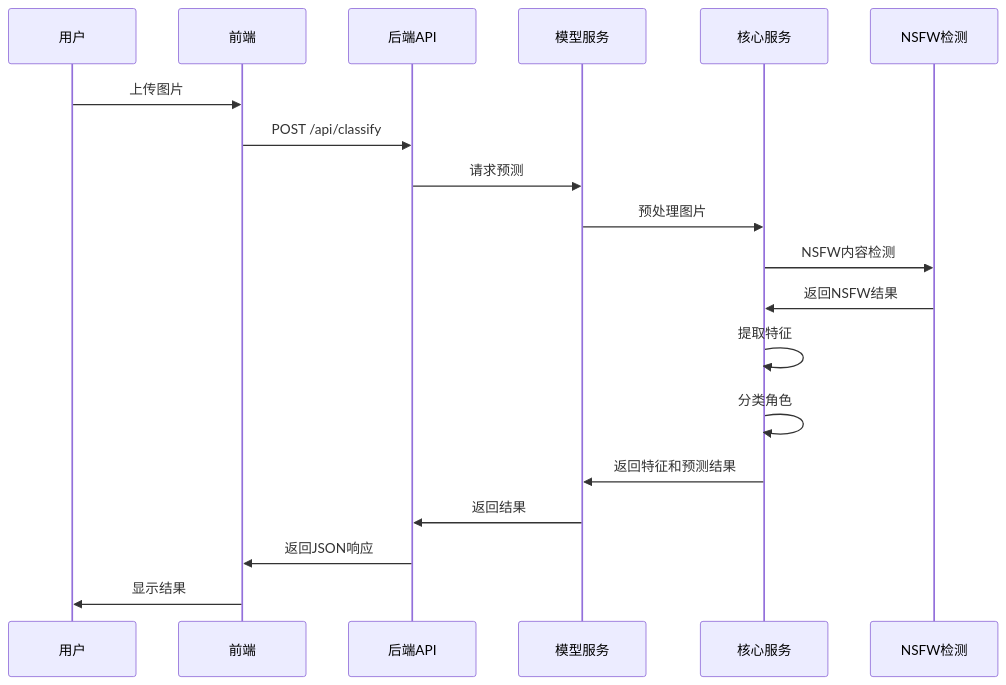
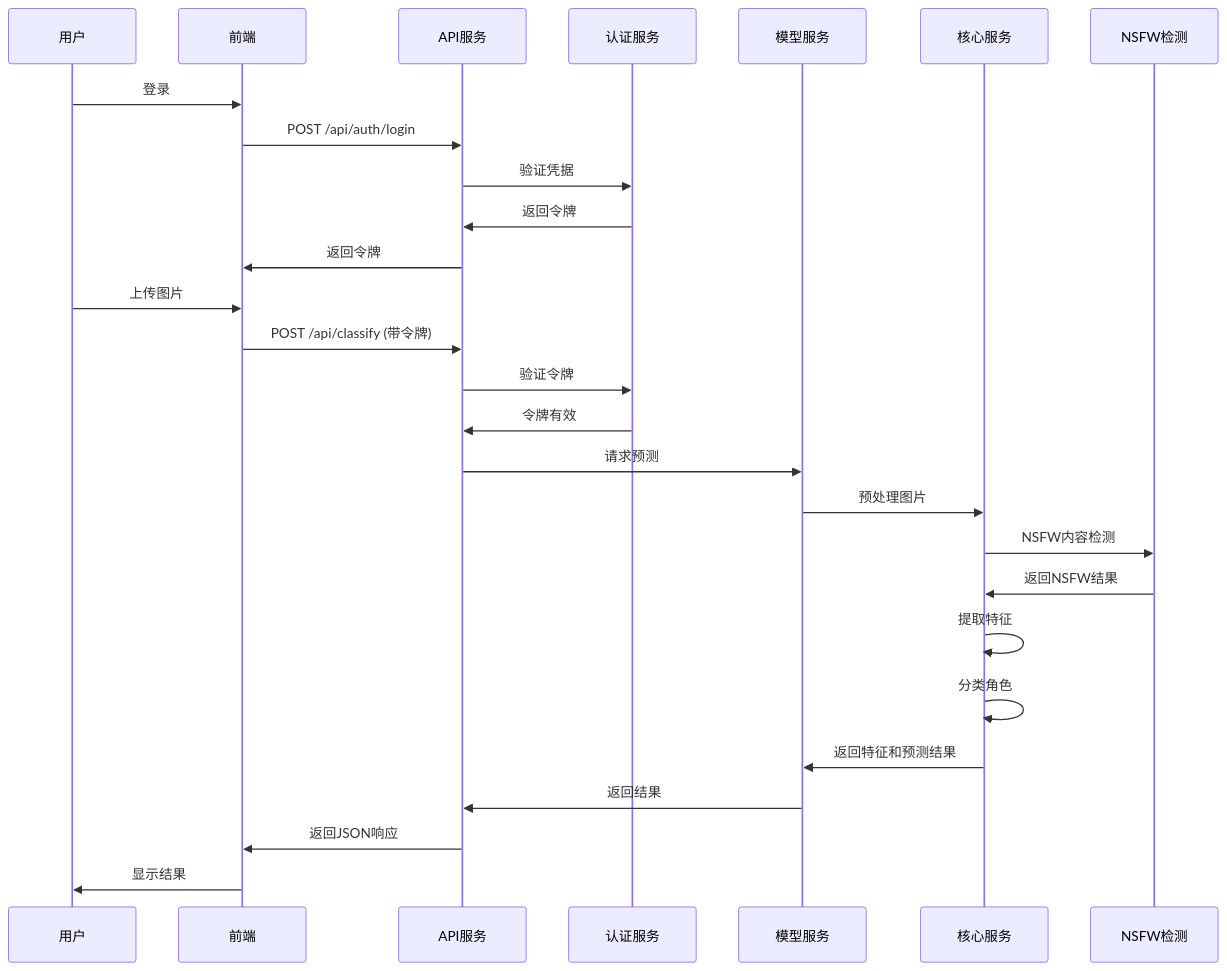
Before and after one commit to caozhaoqi/anime_role_detect: the second of 2 diagrams in README.zh.md, drawn with Mermaid. The commit also changed other lines of this file and 11 other files, not shown here.

````diff
--- a/README.zh.md
+++ b/README.zh.md
@@ -171,22 +183,31 @@
 ```mermaid
 sequenceDiagram
     participant 用户 as 用户
     participant 前端 as 前端
-    participant API as 后端API
+    participant API as API服务
+    participant 认证服务 as 认证服务
     participant 模型服务 as 模型服务
     participant 核心服务 as 核心服务
     participant NSFW as NSFW检测
     
+    用户->>前端: 登录
+    前端->>API: POST /api/auth/login
+    API->>认证服务: 验证凭据
+    认证服务->>API: 返回令牌
+    API->>前端: 返回令牌
+    
     用户->>前端: 上传图片
-    前端->>API: POST /api/classify
+    前端->>API: POST /api/classify (带令牌)
+    API->>认证服务: 验证令牌
+    认证服务->>API: 令牌有效
     API->>模型服务: 请求预测
     模型服务->>核心服务: 预处理图片
     核心服务->>NSFW: NSFW内容检测
     NSFW->>核心服务: 返回NSFW结果
     核心服务->>核心服务: 提取特征
     核心服务->>核心服务: 分类角色
     核心服务->>模型服务: 返回特征和预测结果
     模型服务->>API: 返回结果
     API->>前端: 返回JSON响应
     前端->>用户: 显示结果
 ```
````
